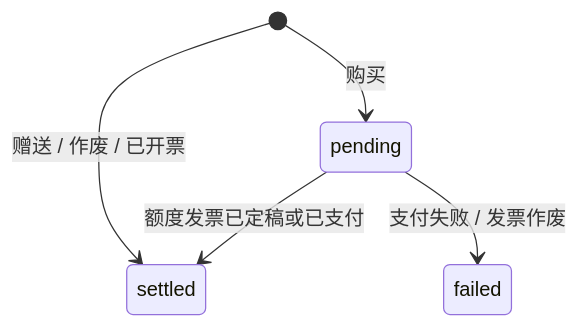
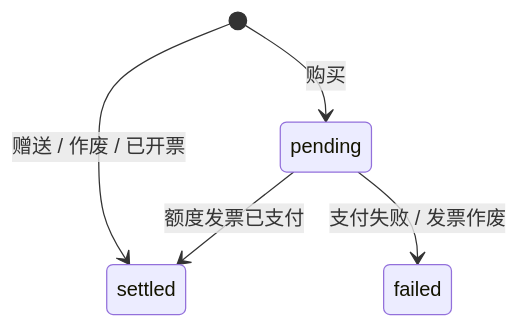
The fourth of 5 diagrams in docs/domain.zh-CN.md (tanvoxyz/tanvo), drawn with Mermaid before and after one commit. The commit also changed other lines of this file and 194 other files, not shown here.

````diff
--- a/docs/domain.zh-CN.md
+++ b/docs/domain.zh-CN.md
@@ -1107,7 +1109,7 @@
 ```mermaid
 stateDiagram-v2
     [*] --> pending: 购买
     [*] --> settled: 赠送 / 作废 / 已开票
-    pending --> settled: 额度发票已定稿或已支付
+    pending --> settled: 额度发票已支付
     pending --> failed: 支付失败 / 发票作废
 ```
````
